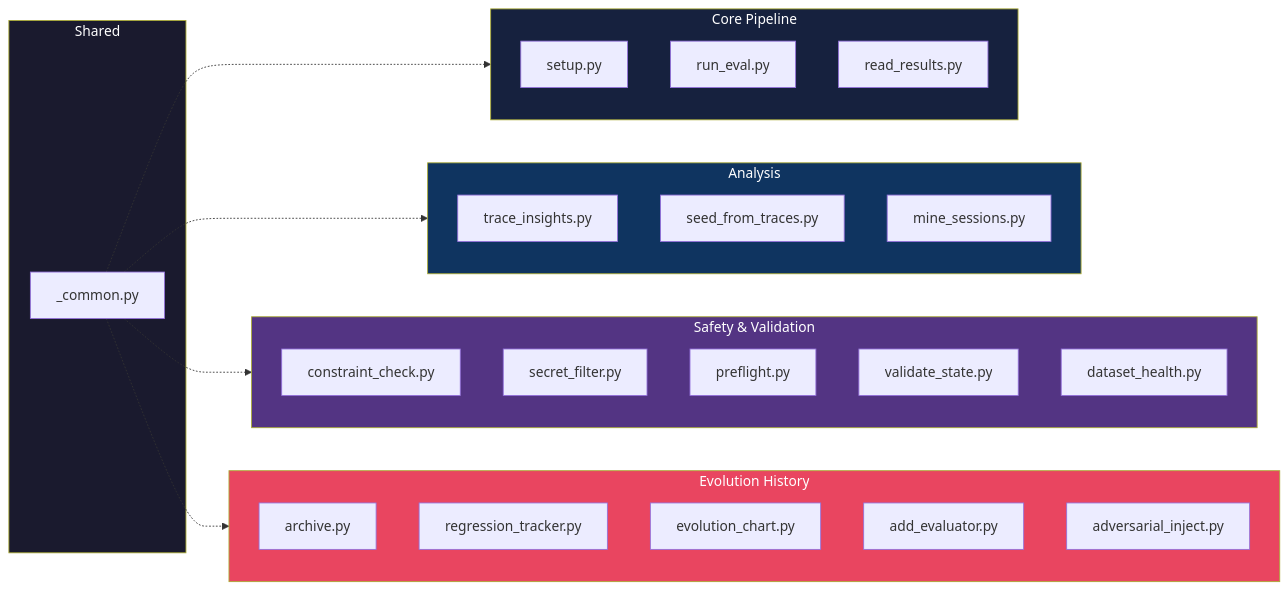
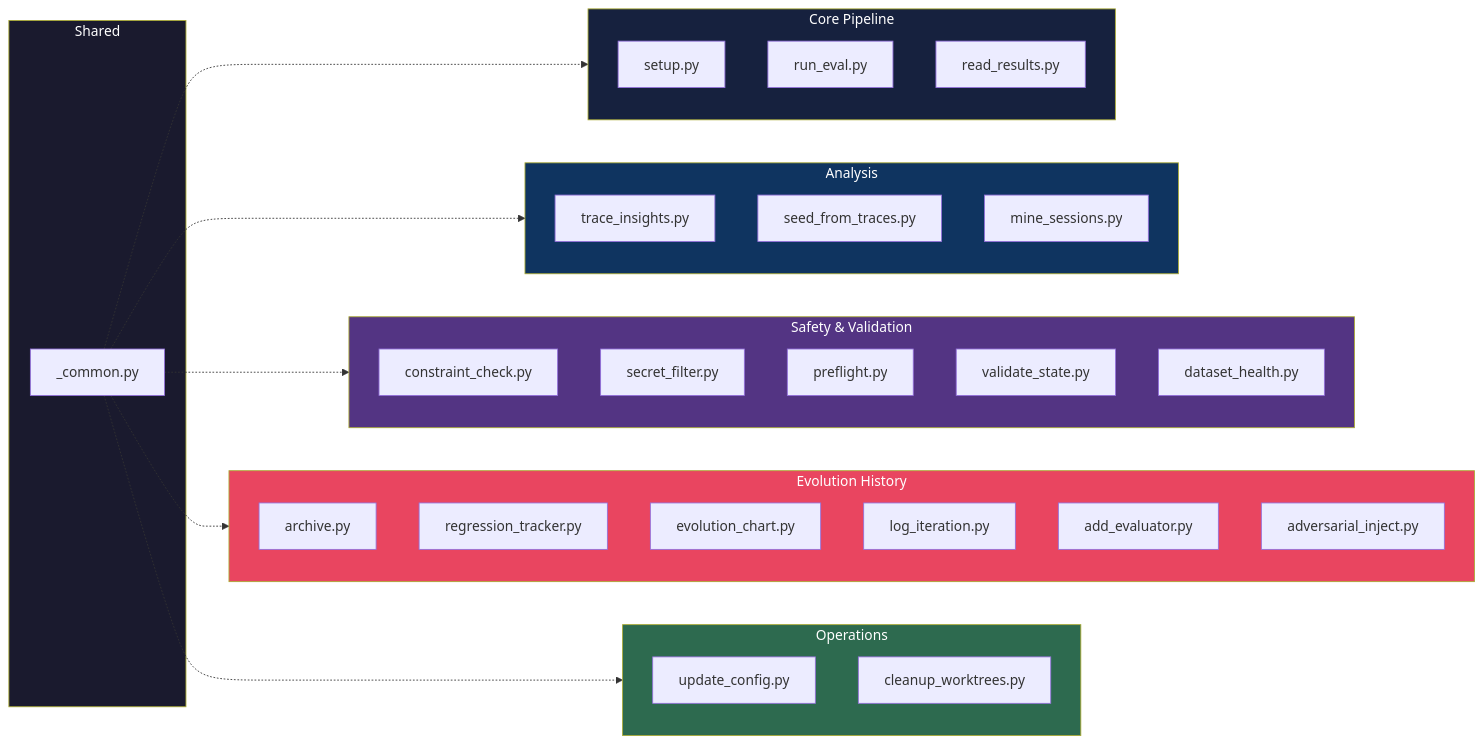
The fourth of 4 diagrams in docs/ARCHITECTURE.md (raphaelchristi/harness-evolver), drawn with Mermaid before and after one commit. The commit also changed other lines of this file and 1 other file, not shown here.

Commit message:
docs: update FEATURES.md + ARCHITECTURE.md with v6.2-6.3 tools
FEATURES: added Operations section (update_config, cleanup_worktrees,
rubric pinning, retry-on-rate-limit).
ARCHITECTURE: added log_iteration, update_config, cleanup_worktrees to
Tool Categories + Evolution Loop Mermaid diagrams.

````diff
--- a/docs/ARCHITECTURE.md
+++ b/docs/ARCHITECTURE.md
@@ -185,42 +187,49 @@
 ```mermaid
 graph LR
     subgraph Core["Core Pipeline"]
         setup["setup.py"]
         runeval["run_eval.py"]
         readresults["read_results.py"]
     end
 
     subgraph Analysis["Analysis"]
         trace["trace_insights.py"]
         seed["seed_from_traces.py"]
         mine["mine_sessions.py"]
     end
 
     subgraph Safety["Safety & Validation"]
         constraint["constraint_check.py"]
         secret["secret_filter.py"]
         preflight["preflight.py"]
         validate["validate_state.py"]
         health["dataset_health.py"]
     end
 
     subgraph Evolution["Evolution History"]
         archive["archive.py"]
         regression["regression_tracker.py"]
         chart["evolution_chart.py"]
+        logiter["log_iteration.py"]
         addev["add_evaluator.py"]
         adversarial["adversarial_inject.py"]
+    end
+
+    subgraph Operations["Operations"]
+        updatecfg["update_config.py"]
+        cleanup["cleanup_worktrees.py"]
     end
 
     subgraph Shared["Shared"]
         common["_common.py"]
     end
 
-    common -.-> Core & Analysis & Safety & Evolution
+    common -.-> Core & Analysis & Safety & Evolution & Operations
 
     style Core fill:#16213e,color:#fff
     style Analysis fill:#0f3460,color:#fff
     style Safety fill:#533483,color:#fff
     style Evolution fill:#e94560,color:#fff
+    style Operations fill:#2d6a4f,color:#fff
     style Shared fill:#1a1a2e,color:#fff
 ```
````
